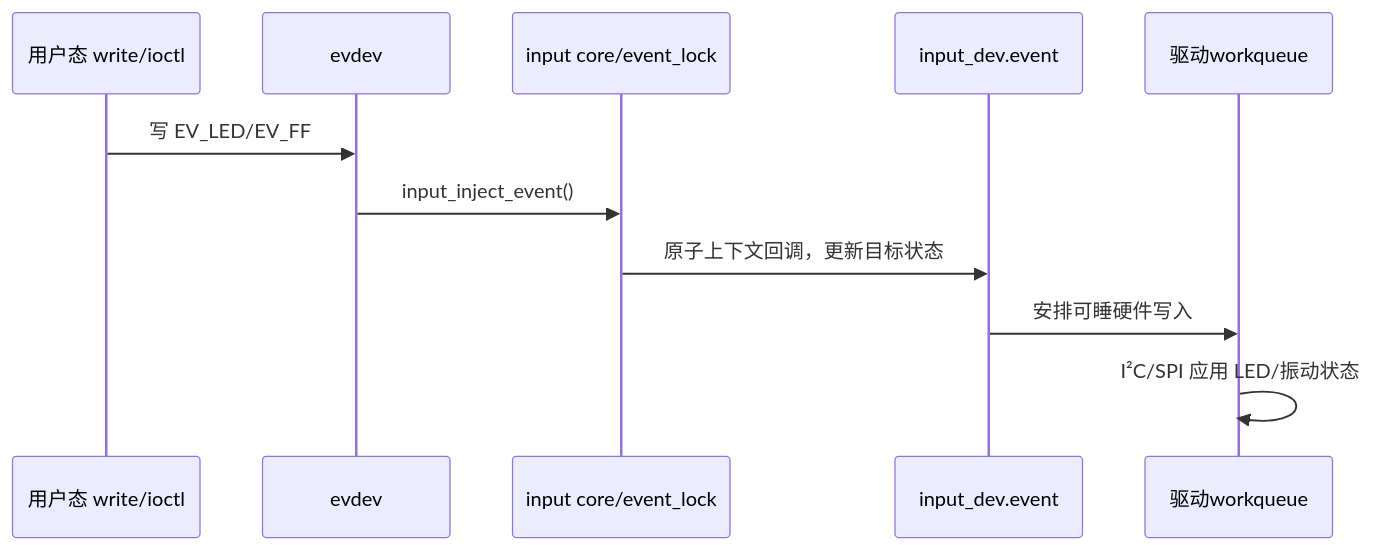
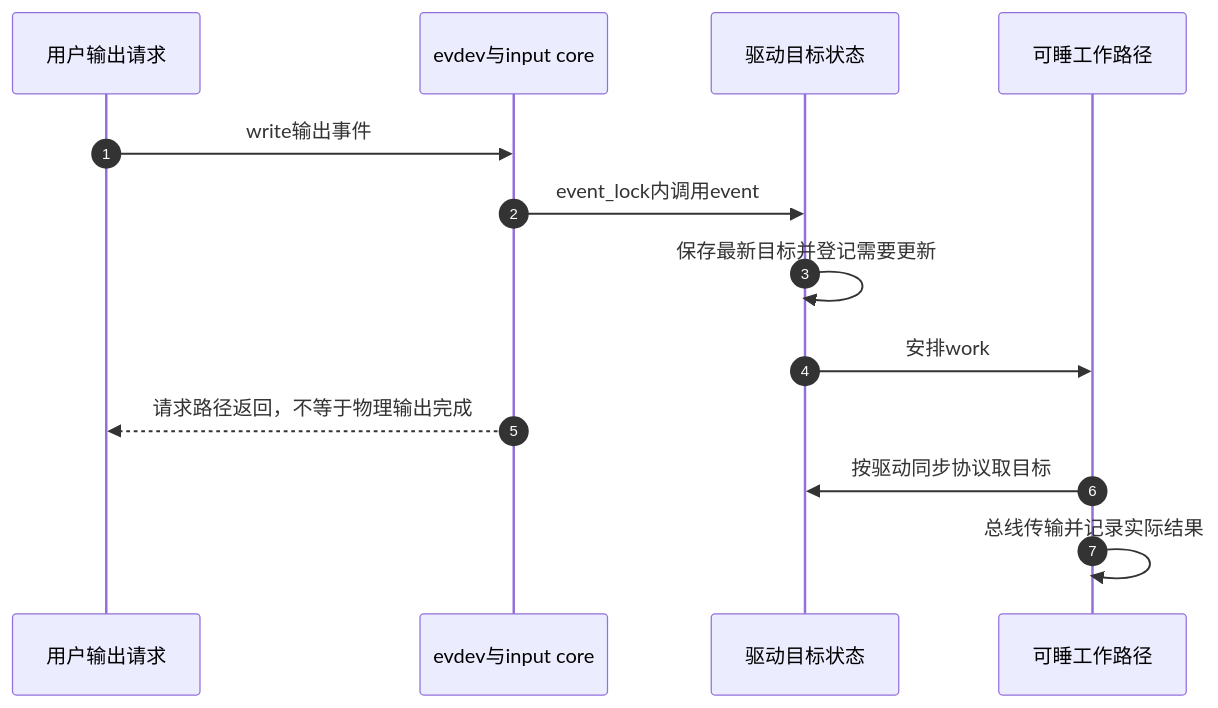
The fourth of 4 diagrams in knowledge/driver_model/input/P03_设备注册能力与生命周期.md (FormingSystem/linux_note), drawn with Mermaid before and after one commit. The commit also changed other lines of this file and 13 other files, not shown here.

````diff
--- a/knowledge/driver_model/input/P03_设备注册能力与生命周期.md
+++ b/knowledge/driver_model/input/P03_设备注册能力与生命周期.md
@@ -133,13 +317,15 @@
 ```mermaid
 sequenceDiagram
-    participant U as 用户态 write/ioctl
-    participant E as evdev
-    participant C as input core/event_lock
-    participant D as input_dev.event
-    participant W as 驱动workqueue
-    U->>E: 写 EV_LED/EV_FF
-    E->>C: input_inject_event()
-    C->>D: 原子上下文回调，更新目标状态
-    D->>W: 安排可睡硬件写入
-    W->>W: I²C/SPI 应用 LED/振动状态
+    autonumber
+    participant U as 用户输出请求
+    participant C as evdev与input core
+    participant D as 驱动目标状态
+    participant W as 可睡工作路径
+    U->>C: write输出事件
+    C->>D: event_lock内调用event
+    D->>D: 保存最新目标并登记需要更新
+    D->>W: 安排work
+    C-->>U: 请求路径返回，不等于物理输出完成
+    W->>D: 按驱动同步协议取目标
+    W->>W: 总线传输并记录实际结果
 ```
````
